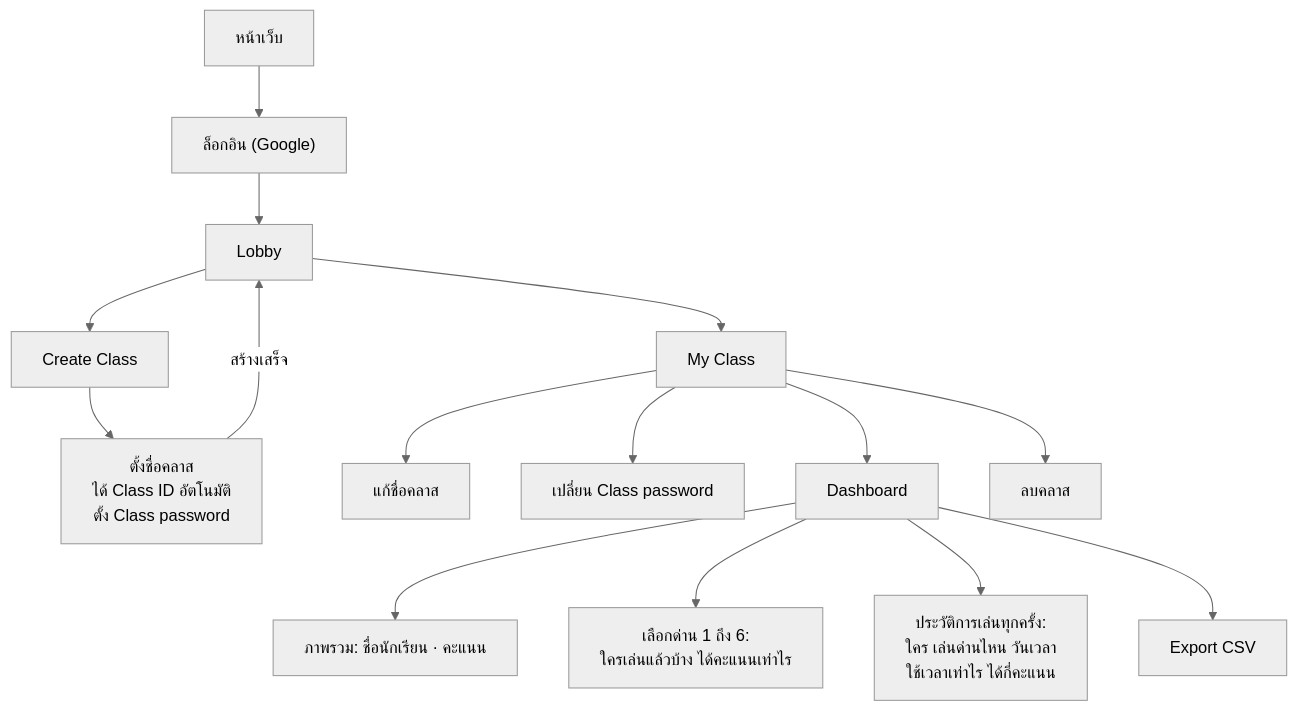
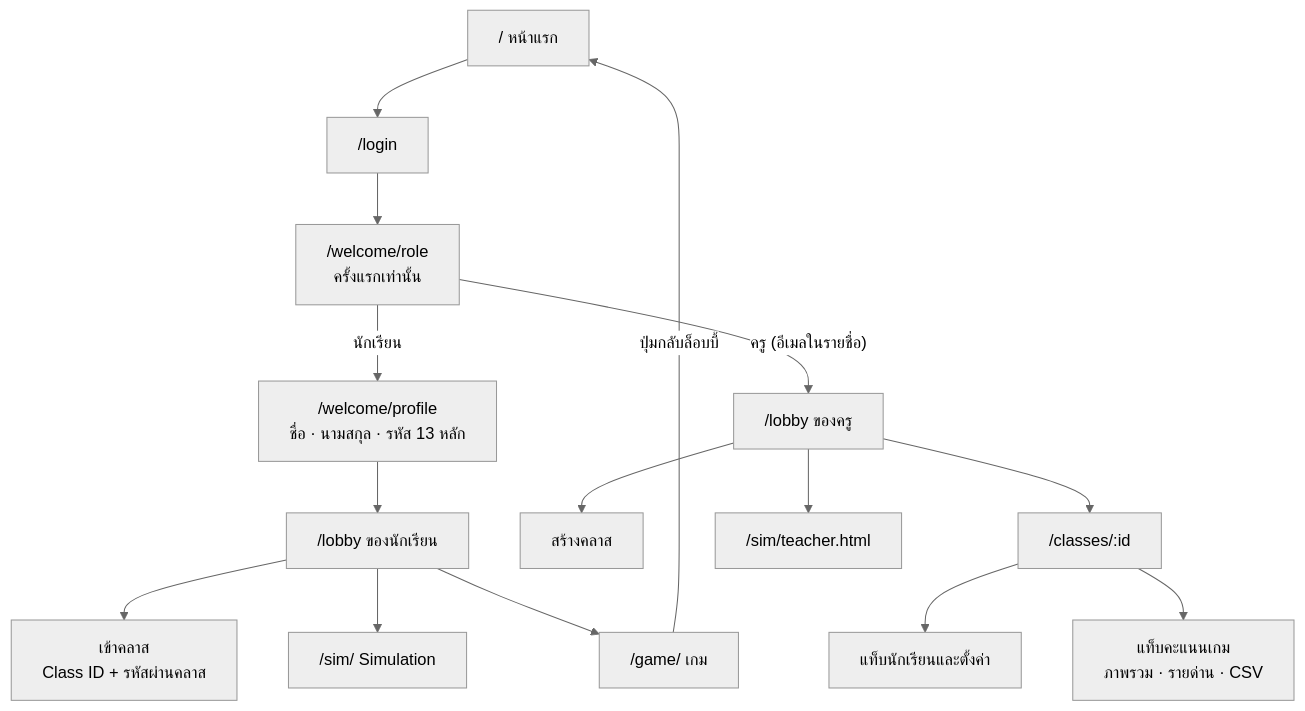
One commit to s6802041510091-stack/NetSim3D changed the second of 6 diagrams in เว็บไซต์/README.md. Above: the diagram before and after it, drawn with Mermaid (neutral theme). The commit also changed other lines of this file and 1 other file, not shown here.

````diff
--- a/เว็บไซต์/README.md
+++ b/เว็บไซต์/README.md
@@ -58,16 +55,17 @@
 ```mermaid
 flowchart TB
-  W["หน้าเว็บ"] --> L["ล็อกอิน (Google)"] --> LB["Lobby"]
-  LB --> CC["Create Class"]
-  LB --> MC["My Class"]
-  CC --> CC1["ตั้งชื่อคลาส<br/>ได้ Class ID อัตโนมัติ<br/>ตั้ง Class password"]
-  CC1 -->|"สร้างเสร็จ"| LB
-  MC --> E1["แก้ชื่อคลาส"]
-  MC --> E2["เปลี่ยน Class password"]
-  MC --> DB["Dashboard"]
-  MC --> DEL["ลบคลาส"]
-  DB --> D1["ภาพรวม: ชื่อนักเรียน · คะแนน"]
-  DB --> D2["เลือกด่าน 1 ถึง 6:<br/>ใครเล่นแล้วบ้าง ได้คะแนนเท่าไร"]
-  DB --> D3["ประวัติการเล่นทุกครั้ง:<br/>ใคร เล่นด่านไหน วันเวลา<br/>ใช้เวลาเท่าไร ได้กี่คะแนน"]
-  DB --> D4["Export CSV"]
+  H["/ หน้าแรก"] --> L["/login"]
+  L --> R["/welcome/role<br/>ครั้งแรกเท่านั้น"]
+  R -->|"นักเรียน"| PF["/welcome/profile<br/>ชื่อ · นามสกุล · รหัส 13 หลัก"]
+  PF --> SL["/lobby ของนักเรียน"]
+  R -->|"ครู (อีเมลในรายชื่อ)"| TL["/lobby ของครู"]
+  SL --> J["เข้าคลาส<br/>Class ID + รหัสผ่านคลาส"]
+  SL --> SIM["/sim/ Simulation"]
+  SL --> GAME["/game/ เกม"]
+  GAME -->|"ปุ่มกลับล็อบบี้"| H
+  TL --> CC["สร้างคลาส"]
+  TL --> CP["/classes/:id"]
+  CP --> T1["แท็บนักเรียนและตั้งค่า"]
+  CP --> T2["แท็บคะแนนเกม<br/>ภาพรวม · รายด่าน · CSV"]
+  TL --> ST["/sim/teacher.html"]
 ```
````
